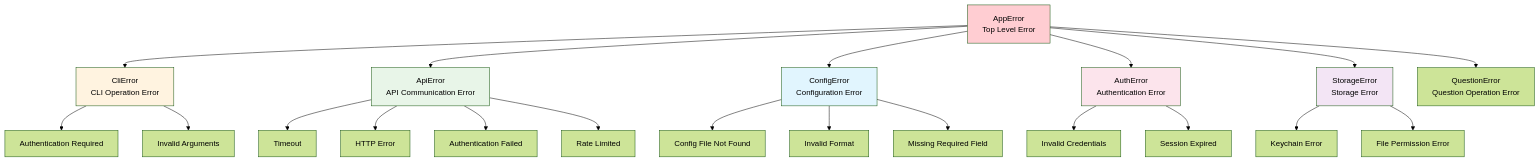
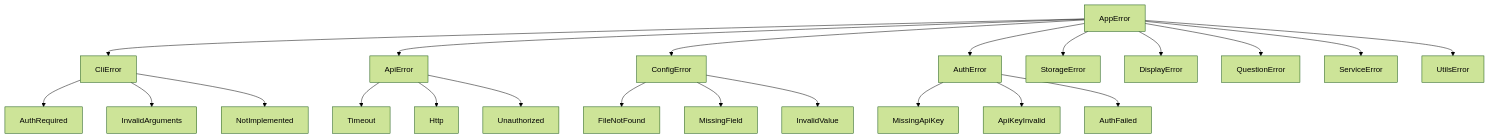
Before and after one commit to daisuke8000/mbr-cli: the third of 6 diagrams in ARCHITECTURE.md, drawn with Mermaid (forest theme). The commit also changed other lines of this file and 1 other file, not shown here.

First line of the commit message:
docs: update README and ARCHITECTURE for 3-crate workspace (#64)

````diff
--- a/ARCHITECTURE.md
+++ b/ARCHITECTURE.md
@@ -184,34 +101,28 @@
 ```mermaid
 graph TD
-    AppError[AppError<br/>Top Level Error] --> CliError[CliError<br/>CLI Operation Error]
-    AppError --> ApiError[ApiError<br/>API Communication Error]
-    AppError --> ConfigError[ConfigError<br/>Configuration Error]
-    AppError --> AuthError[AuthError<br/>Authentication Error]
-    AppError --> StorageError[StorageError<br/>Storage Error]
-    AppError --> QuestionError[QuestionError<br/>Question Operation Error]
-    
-    CliError --> AuthRequired[Authentication Required]
-    CliError --> InvalidArgs[Invalid Arguments]
-    
-    ApiError --> Timeout[Timeout]
-    ApiError --> Http[HTTP Error]
-    ApiError --> Unauthorized[Authentication Failed]
-    ApiError --> RateLimit[Rate Limited]
-    
-    ConfigError --> FileNotFound[Config File Not Found]
-    ConfigError --> InvalidFormat[Invalid Format]
-    ConfigError --> MissingField[Missing Required Field]
-    
-    AuthError --> InvalidCredentials[Invalid Credentials]
-    AuthError --> SessionExpired[Session Expired]
-    
-    StorageError --> KeyringError[Keychain Error]
-    StorageError --> FilePermission[File Permission Error]
-    
-    style AppError fill:#ffcdd2
-    style CliError fill:#fff3e0
-    style ApiError fill:#e8f5e8
-    style ConfigError fill:#e1f5fe
-    style AuthError fill:#fce4ec
-    style StorageError fill:#f3e5f5
+    AppError[AppError] --> CliError
+    AppError --> ApiError
+    AppError --> ConfigError
+    AppError --> AuthError
+    AppError --> StorageError
+    AppError --> DisplayError
+    AppError --> QuestionError
+    AppError --> ServiceError
+    AppError --> UtilsError
+
+    CliError --> C1[AuthRequired]
+    CliError --> C2[InvalidArguments]
+    CliError --> C3[NotImplemented]
+
+    ApiError --> A1[Timeout]
+    ApiError --> A2[Http]
+    ApiError --> A3[Unauthorized]
+
+    AuthError --> AU1[MissingApiKey]
+    AuthError --> AU2[ApiKeyInvalid]
+    AuthError --> AU3[AuthFailed]
+
+    ConfigError --> CF1[FileNotFound]
+    ConfigError --> CF2[MissingField]
+    ConfigError --> CF3[InvalidValue]
 ```
````
